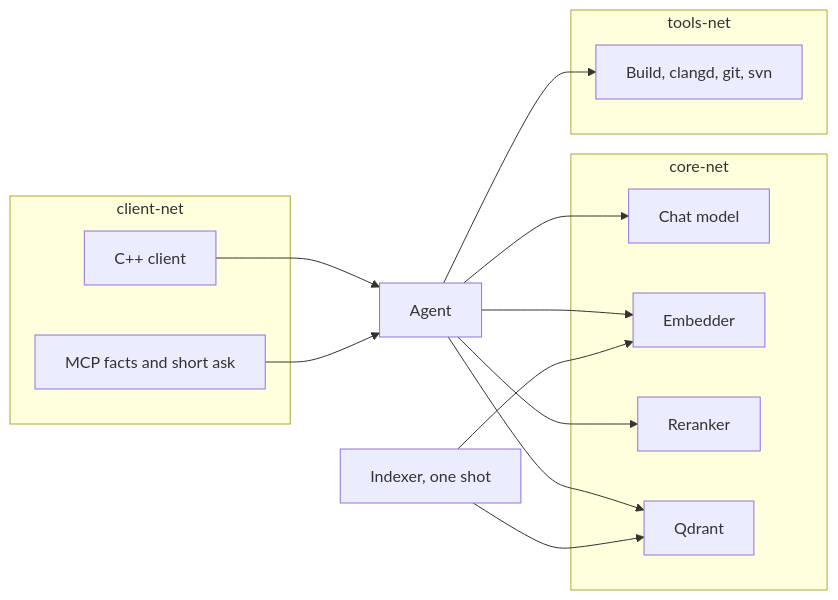
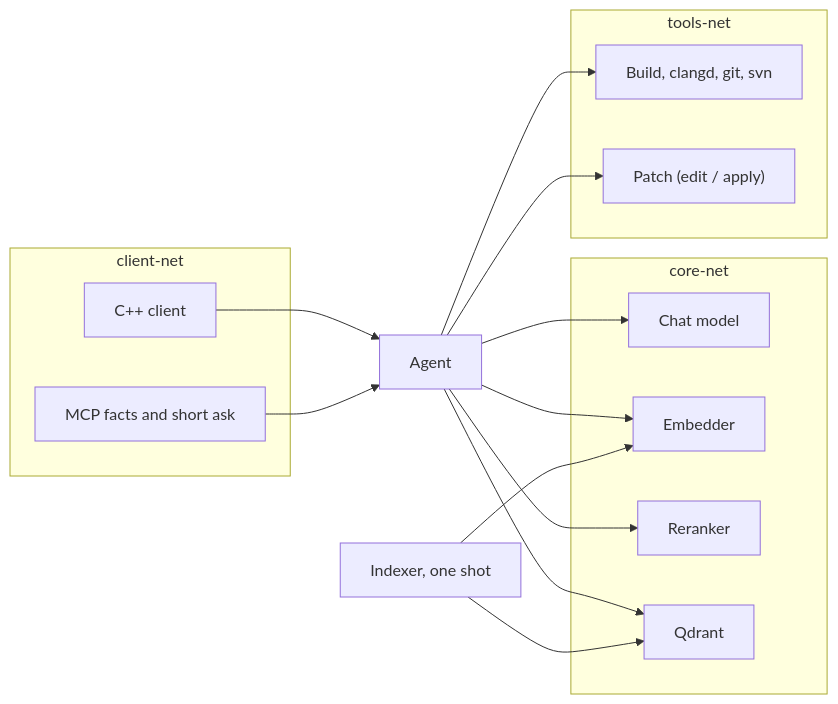
One commit to SPluszkiewicz/pumba changed the diagram in docs/architecture/overview.md. Above: the diagram before and after it, drawn with Mermaid. The commit also changed other lines of this file and 140 other files, not shown here.

````diff
--- a/docs/architecture/overview.md
+++ b/docs/architecture/overview.md
@@ -6,28 +6,30 @@
 ```mermaid
 flowchart LR
   subgraph clients ["client-net"]
     app["C++ client"]
     mcp["MCP facts and short ask"]
   end
   subgraph core ["core-net"]
     llm["Chat model"]
     embedder["Embedder"]
     reranker["Reranker"]
     qdrant["Qdrant"]
   end
   subgraph sandbox ["tools-net"]
     tools["Build, clangd, git, svn"]
+    patch["Patch (edit / apply)"]
   end
   agent["Agent"]
   indexer["Indexer, one shot"]
 
   app --> agent
   mcp --> agent
   agent --> llm
   agent --> embedder
   agent --> reranker
   agent --> qdrant
   agent --> tools
+  agent --> patch
   indexer --> embedder
   indexer --> qdrant
 ```
````
